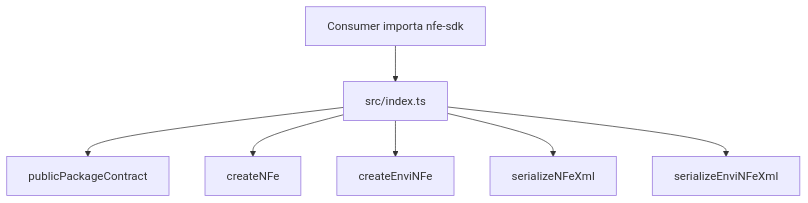
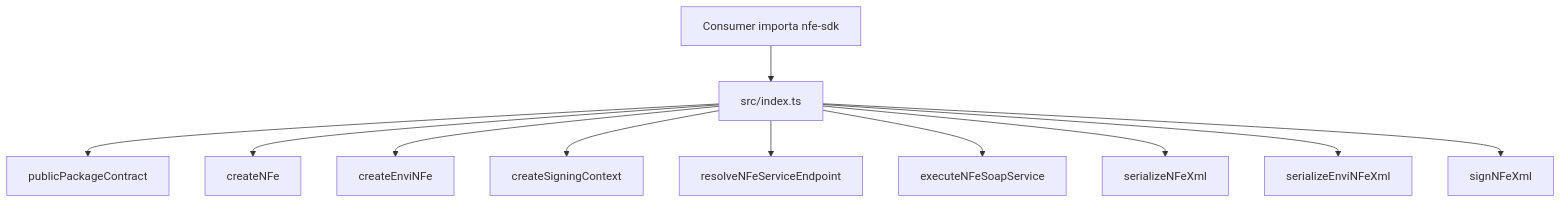
Before and after one commit to linkiez/nfe_sdk: the diagram in src/index.doc.md, drawn with Mermaid. The commit also changed other lines of this file and 143 other files, not shown here.

````diff
--- a/src/index.doc.md
+++ b/src/index.doc.md
@@ -20,9 +22,13 @@
 ```mermaid
 flowchart TD
   A[Consumer importa nfe-sdk] --> B[src/index.ts]
   B --> C[publicPackageContract]
   B --> D[createNFe]
   B --> E[createEnviNFe]
-  B --> F[serializeNFeXml]
-  B --> G[serializeEnviNFeXml]
+  B --> F[createSigningContext]
+  B --> G[resolveNFeServiceEndpoint]
+  B --> H[executeNFeSoapService]
+  B --> I[serializeNFeXml]
+  B --> J[serializeEnviNFeXml]
+  B --> K[signNFeXml]
 ```
````
